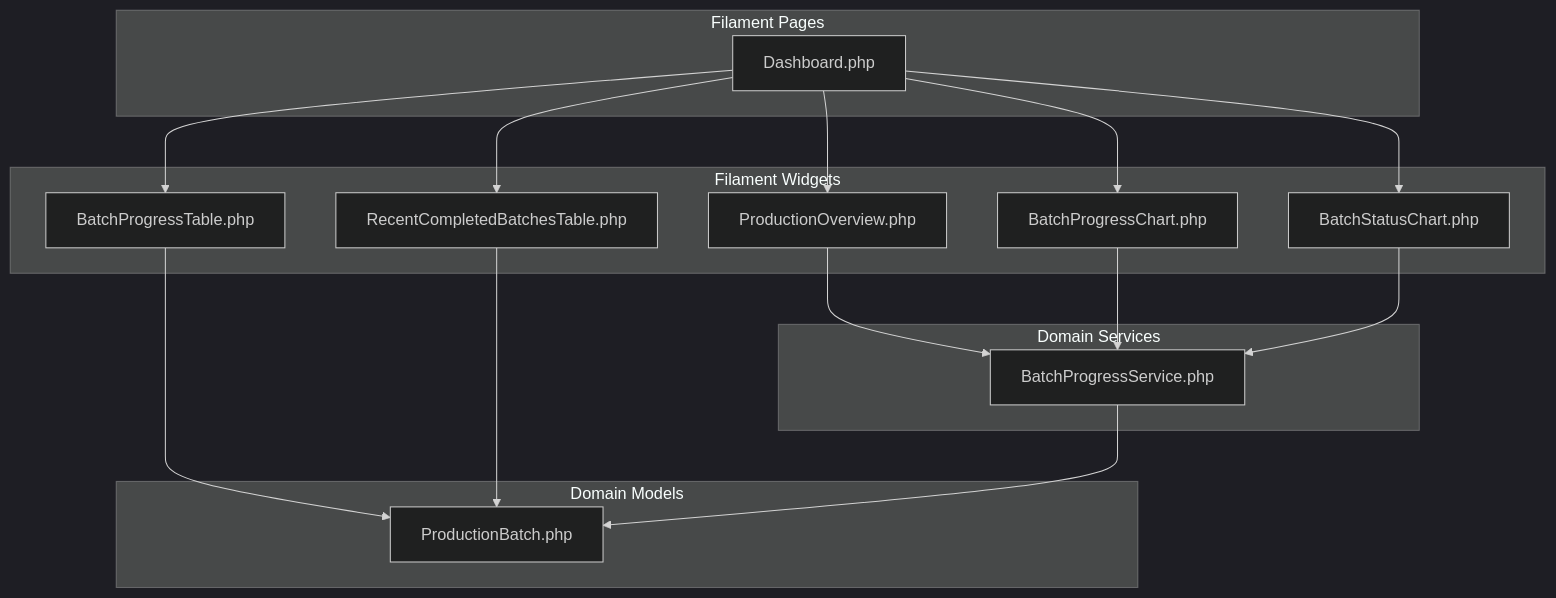
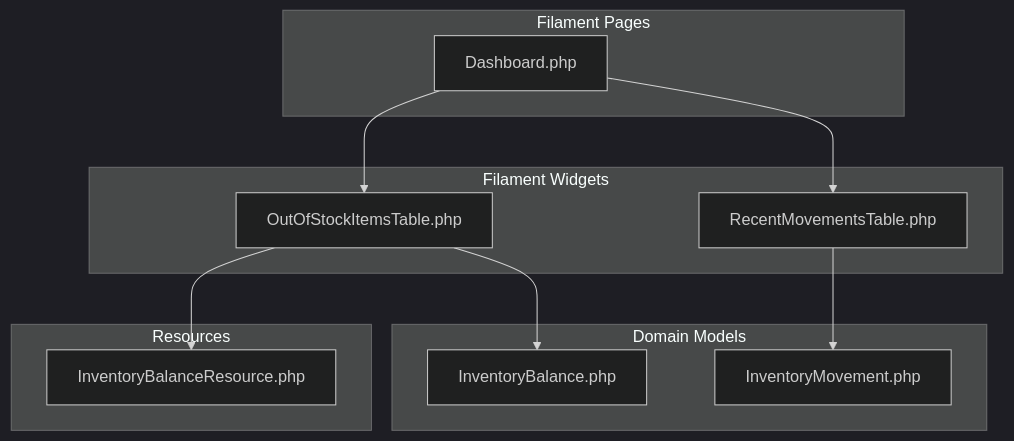
Before and after one commit to Dikksap/laravel_RsvHelmet: the first of 7 diagrams in .qoder/repowiki/en/content/Filament Admin Panel/Dashboard Widgets.md, drawn with Mermaid (dark theme). The commit also changed other lines of this file and 13 other files, not shown here.

First line of the commit message:
refactor(dashboard): replace production widgets with inventory management widgets

````diff
--- a/.qoder/repowiki/en/content/Filament Admin Panel/Dashboard Widgets.md
+++ b/.qoder/repowiki/en/content/Filament Admin Panel/Dashboard Widgets.md
@@ -47,30 +50,22 @@
 ```mermaid
 graph TB
 subgraph "Filament Pages"
 D["Dashboard.php"]
 end
 subgraph "Filament Widgets"
-PO["ProductionOverview.php"]
-BPC["BatchProgressChart.php"]
-BSC["BatchStatusChart.php"]
-BPT["BatchProgressTable.php"]
-RCBT["RecentCompletedBatchesTable.php"]
-end
-subgraph "Domain Services"
-BPS["BatchProgressService.php"]
+OOST["OutOfStockItemsTable.php"]
+RMT["RecentMovementsTable.php"]
 end
 subgraph "Domain Models"
-PB["ProductionBatch.php"]
+IB["InventoryBalance.php"]
+IM["InventoryMovement.php"]
 end
-D --> PO
-D --> BPC
-D --> BSC
-D --> BPT
-D --> RCBT
-PO --> BPS
-BPC --> BPS
-BSC --> BPS
-BPT --> PB
-RCBT --> PB
-BPS --> PB
+subgraph "Resources"
+IBR["InventoryBalanceResource.php"]
+end
+D --> OOST
+D --> RMT
+OOST --> IB
+OOST --> IBR
+RMT --> IM
 ```
````
